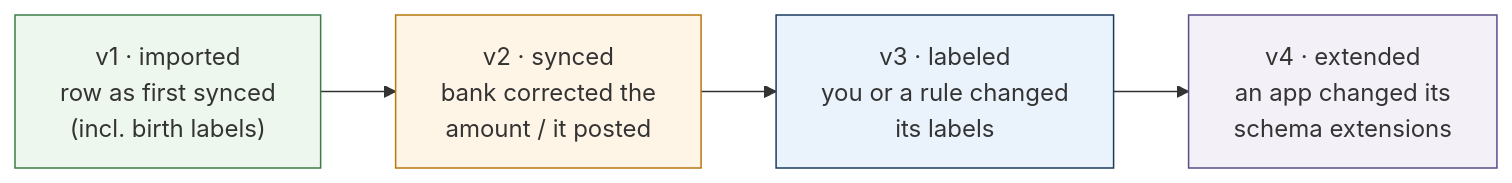
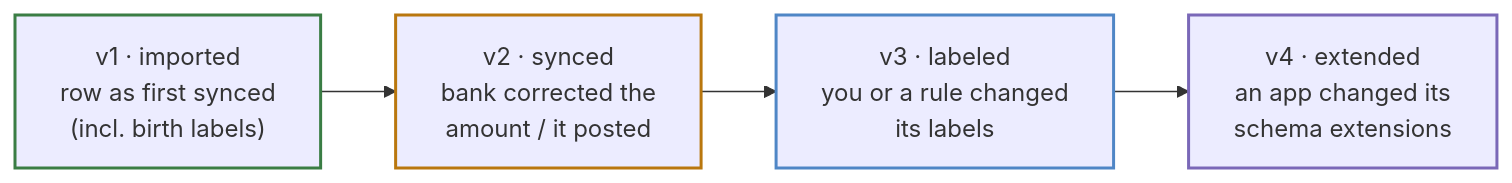
Before and after one commit to paulmeier/kasas: the first of 2 diagrams in docs/features/transaction-history.md, drawn with Mermaid. The commit also changed 3 other files, not shown here.

First line of the commit message:
docs: fix dark-mode readability of Mermaid diagram nodes

````diff
--- a/docs/features/transaction-history.md
+++ b/docs/features/transaction-history.md
@@ -16,12 +16,12 @@
 ```mermaid
 flowchart LR
     V1["v1 · imported<br/>row as first synced<br/>(incl. birth labels)"]:::imp
     V2["v2 · synced<br/>bank corrected the<br/>amount / it posted"]:::syn
     V3["v3 · labeled<br/>you or a rule changed<br/>its labels"]:::lab
     V4["v4 · extended<br/>an app changed its<br/>schema extensions"]:::ext
     V1 --> V2 --> V3 --> V4
-    classDef imp fill:#eef7ee,stroke:#3a7d44;
-    classDef syn fill:#fff5e6,stroke:#b9770e;
-    classDef lab fill:#eaf2fb,stroke:#1b3a5e;
-    classDef ext fill:#f3f0f7,stroke:#5b4b8a;
+    classDef imp stroke:#3a7d44,stroke-width:2px;
+    classDef syn stroke:#b9770e,stroke-width:2px;
+    classDef lab stroke:#4f86c6,stroke-width:2px;
+    classDef ext stroke:#7a68b8,stroke-width:2px;
 ```
````
